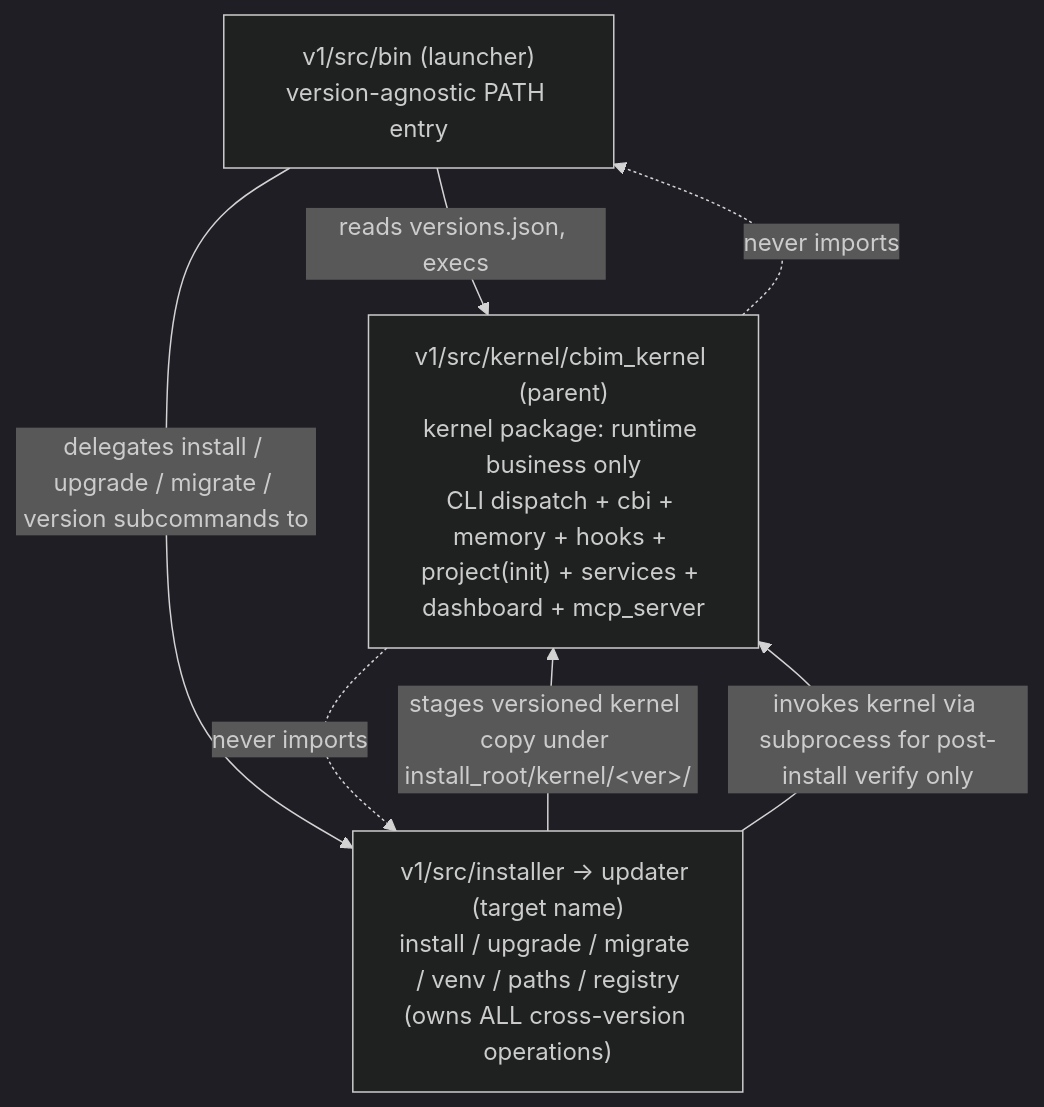
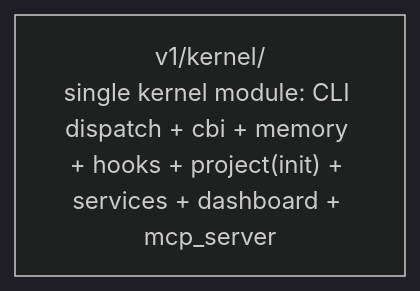
One commit to nan023062/agent-team-cc changed the diagram in .dna/module.md. Above: the diagram before and after it, drawn with Mermaid (dark theme). The commit also changed other lines of this file and 167 other files, not shown here.

````diff
--- a/.dna/module.md
+++ b/.dna/module.md
@@ -15,13 +15,4 @@
 ```mermaid
 graph TD
-    launcher["v1/src/bin (launcher)<br/>version-agnostic PATH entry"]
-    updater["v1/src/installer → updater (target name)<br/>install / upgrade / migrate / venv / paths / registry<br/>(owns ALL cross-version operations)"]
-    kernel["v1/src/kernel/cbim_kernel (parent)<br/>kernel package: runtime business only<br/>CLI dispatch + cbi + memory + hooks + project(init) + services + dashboard + mcp_server"]
-
-    launcher -->|reads versions.json, execs| kernel
-    launcher -->|delegates install / upgrade / migrate / version subcommands to| updater
-    updater -->|stages versioned kernel copy under install_root/kernel/&lt;ver&gt;/| kernel
-    updater -->|invokes kernel via subprocess for post-install verify only| kernel
-    kernel -.->|never imports| updater
-    kernel -.->|never imports| launcher
+    kernel["v1/kernel/<br/>single kernel module: CLI dispatch + cbi + memory + hooks + project(init) + services + dashboard + mcp_server"]
 ```
````
